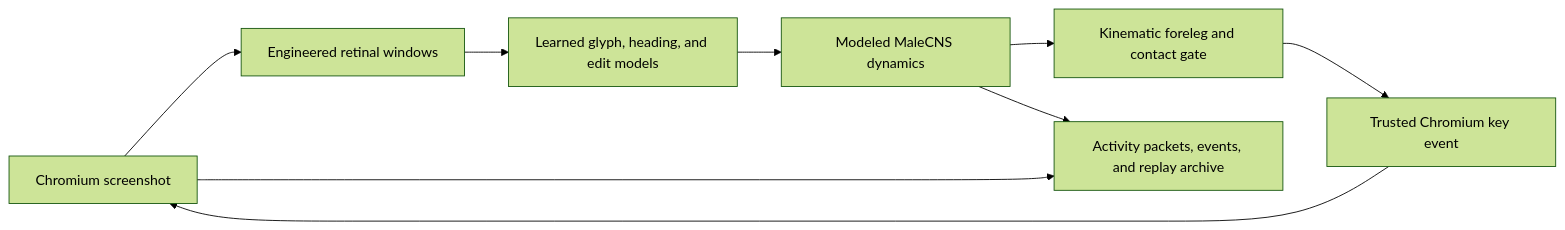
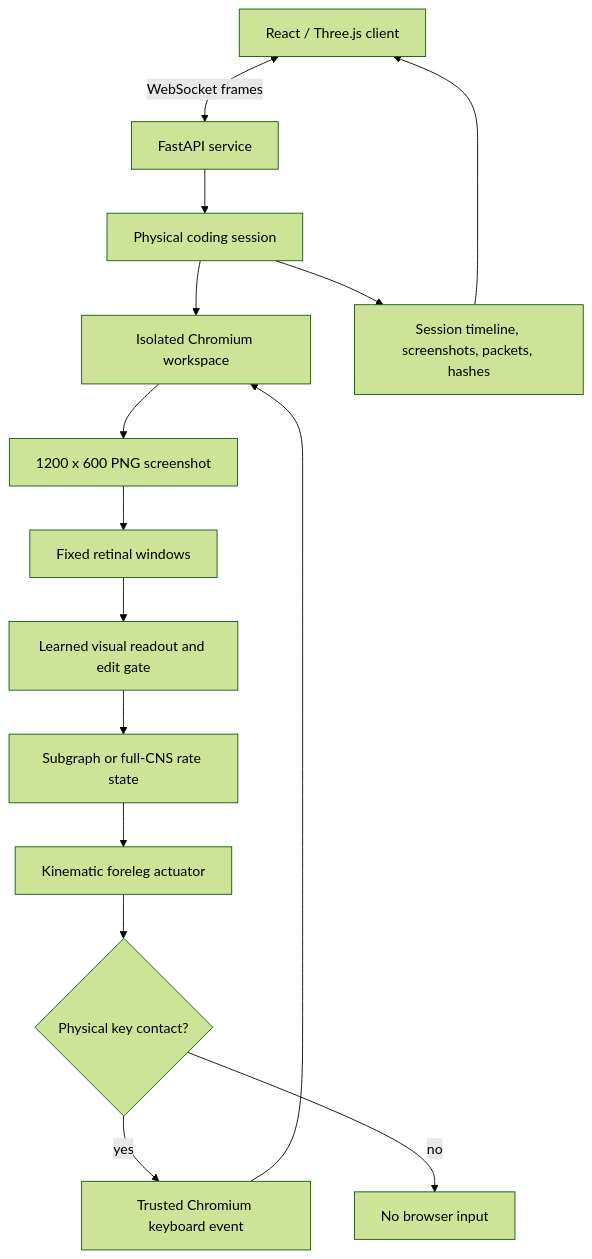
One commit to Sudharsanselvaraj/Flylab changed the diagram in README.md. Above: the diagram before and after it, drawn with Mermaid (forest theme). The commit also changed other lines of this file, not shown here.

````diff
--- a/README.md
+++ b/README.md
@@ -63,11 +77,17 @@
 ```mermaid
-flowchart LR
-  screen[Chromium screenshot] --> retina[Engineered retinal windows]
-  retina --> controller[Learned glyph, heading, and edit models]
-  controller --> neural[Modeled MaleCNS dynamics]
-  neural --> motor[Kinematic foreleg and contact gate]
-  motor --> key[Trusted Chromium key event]
-  key --> screen
-  neural --> evidence[Activity packets, events, and replay archive]
-  screen --> evidence
+flowchart TD
+  ui[React / Three.js client] <-- WebSocket frames --> api[FastAPI service]
+  api --> session[Physical coding session]
+  session --> browser[Isolated Chromium workspace]
+  browser --> screenshot[1200 x 600 PNG screenshot]
+  screenshot --> retina[Fixed retinal windows]
+  retina --> controller[Learned visual readout and edit gate]
+  controller --> state[Subgraph or full-CNS rate state]
+  state --> actuator[Kinematic foreleg actuator]
+  actuator --> contact{Physical key contact?}
+  contact -->|yes| native[Trusted Chromium keyboard event]
+  contact -->|no| withheld[No browser input]
+  native --> browser
+  session --> archive[Session timeline, screenshots, packets, hashes]
+  archive --> ui
 ```
````
